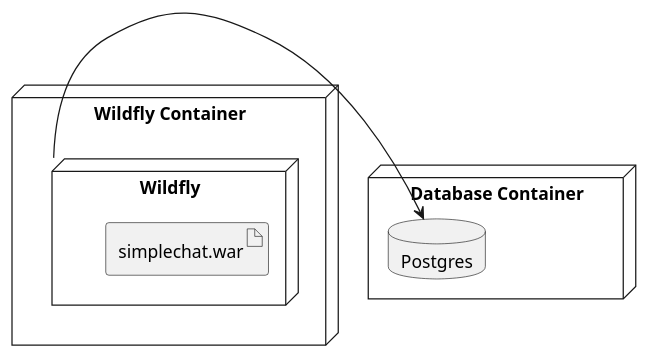
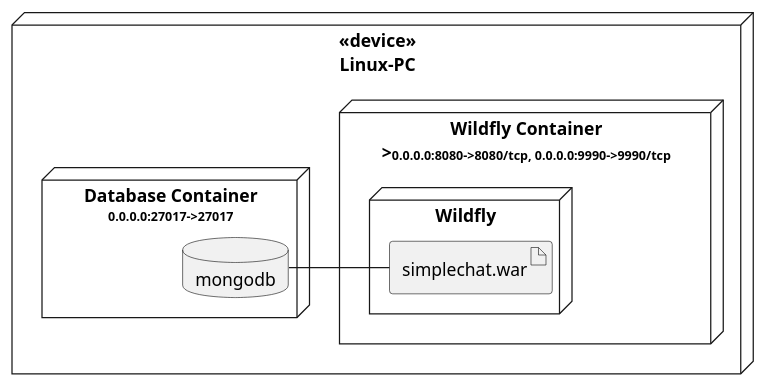
Before and after one commit to mszalbach/simple-chat: the diagram in chat-docu/src/site/plantuml/dockerDeployment.puml, drawn with PlantUML. The commit also changed 17 other files, not shown here.

Commit message:
- updated documentation - added empty beans.xml for CDI - added mongodb container and linked with wildfly for first development tests

```diff
--- a/chat-docu/src/site/plantuml/dockerDeployment.puml
+++ b/chat-docu/src/site/plantuml/dockerDeployment.puml
@@ -1,15 +1,17 @@
 @startuml
-node "Wildfly Container" {
-    node Wildfly {
-        artifact simplechat.war
+
+node "<<device>>\nLinux-PC" as os {
+    node "Wildfly Container\n><size:10>0.0.0.0:8080->8080/tcp, 0.0.0.0:9990->9990/tcp</size>" {
+        node Wildfly as AS {
+            artifact simplechat.war as war
+        }
+
     }
 
+    node "Database Container\n<size:10>0.0.0.0:27017->27017</size>" {
+        database mongodb as DB
+    }
 }
 
-node "Database Container" {
-    database Postgres
-}
-
-
-Wildfly -> Postgres
+war - DB
 @enduml
```
